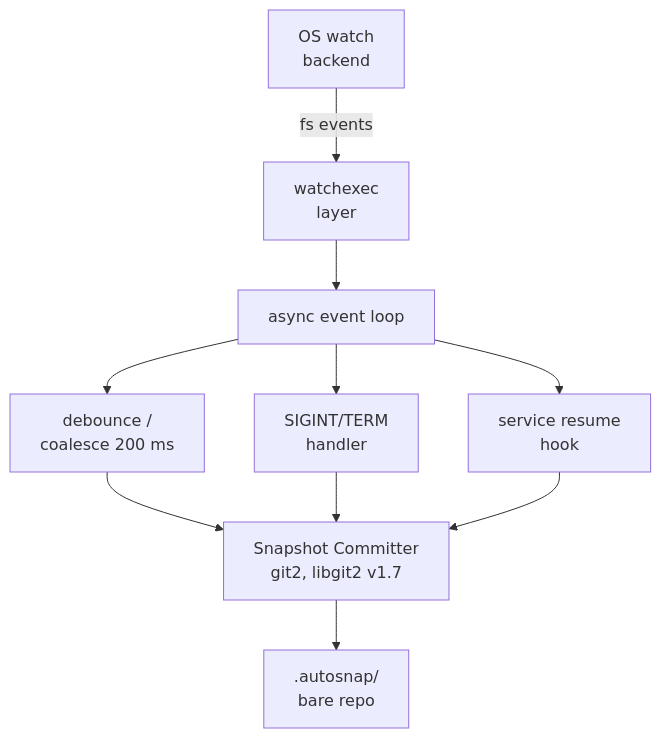
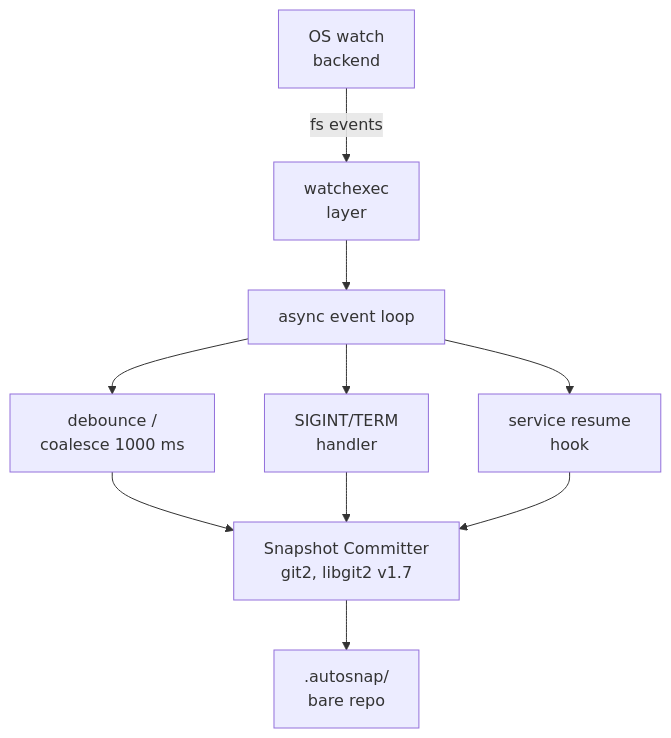
Before and after one commit to shuymn/git-autosnap: the diagram in docs/spec.md, drawn with Mermaid. The commit also changed other lines of this file and 3 other files, not shown here.

````diff
--- a/docs/spec.md
+++ b/docs/spec.md
@@ -27,12 +27,12 @@
 ```mermaid
 flowchart TD
     A[OS watch<br/>backend] -->|fs events| B[watchexec<br/>layer]
     B --> C[async event loop]
-    C --> D[debounce /<br/>coalesce 200 ms]
+    C --> D[debounce /<br/>coalesce 1000 ms]
     C --> E[SIGINT/TERM<br/>handler]
     C --> F[service resume<br/>hook]
     D --> G[Snapshot Committer<br/>git2, libgit2 v1.7]
     E --> G
     F --> G
     G --> H[.autosnap/<br/>bare repo]
 ```
````
